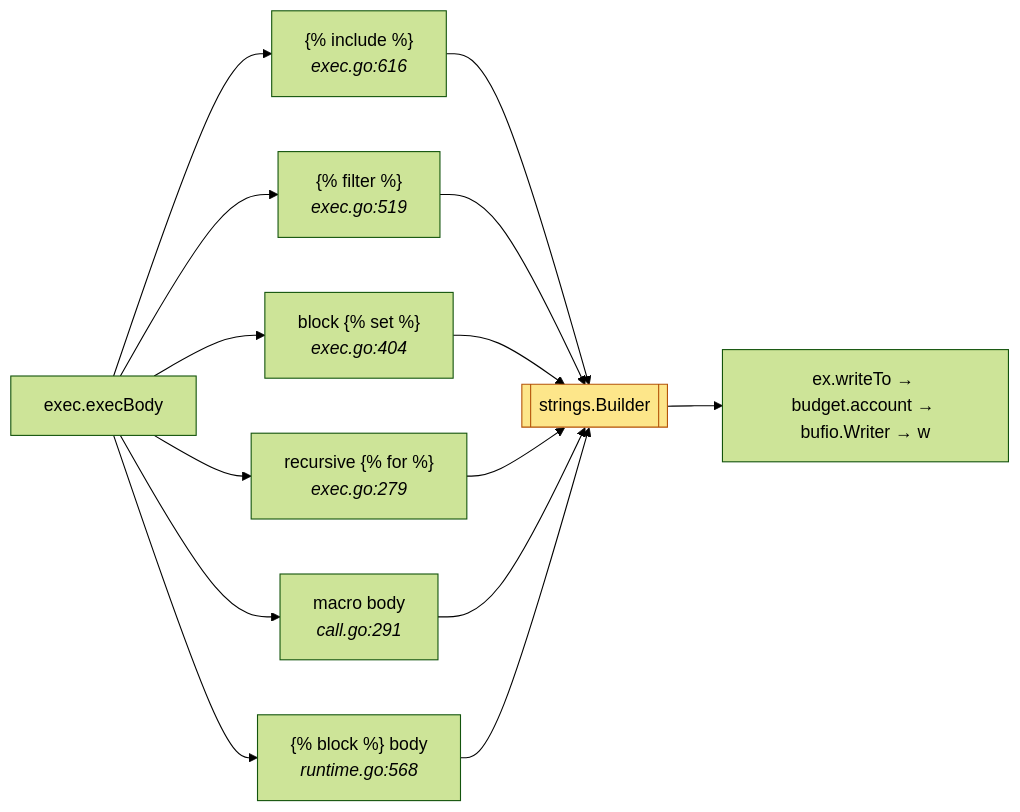
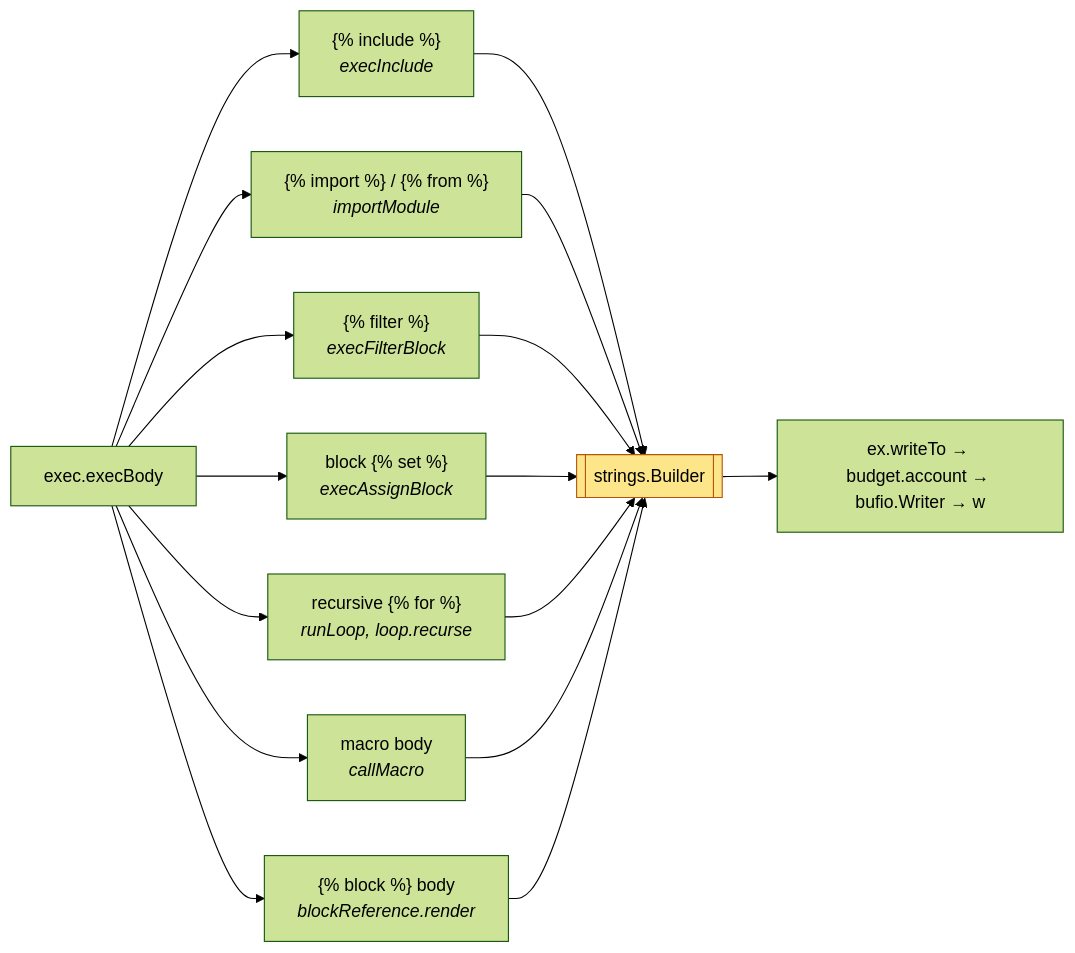
Before and after one commit to mgilbir/gojja2: the fourth of 6 diagrams in docs/architecture.md, drawn with Mermaid (forest theme). The commit also changed other lines of this file and 41 other files, not shown here.

````diff
--- a/docs/architecture.md
+++ b/docs/architecture.md
@@ -163,15 +222,16 @@
 ```mermaid
 flowchart LR
-    X["exec.execBody"] --> INC["{% include %}<br/><i>exec.go:616</i>"]
-    X --> FIL["{% filter %}<br/><i>exec.go:519</i>"]
-    X --> SET["block {% set %}<br/><i>exec.go:404</i>"]
-    X --> FOR["recursive {% for %}<br/><i>exec.go:279</i>"]
-    X --> MAC["macro body<br/><i>call.go:291</i>"]
-    X --> BLK["{% block %} body<br/><i>runtime.go:568</i>"]
+    X["exec.execBody"] --> INC["{% include %}<br/><i>execInclude</i>"]
+    X --> IMP["{% import %} / {% from %}<br/><i>importModule</i>"]
+    X --> FIL["{% filter %}<br/><i>execFilterBlock</i>"]
+    X --> SET["block {% set %}<br/><i>execAssignBlock</i>"]
+    X --> FOR["recursive {% for %}<br/><i>runLoop, loop.recurse</i>"]
+    X --> MAC["macro body<br/><i>callMacro</i>"]
+    X --> BLK["{% block %} body<br/><i>blockReference.render</i>"]
 
-    INC & FIL & SET & FOR & MAC & BLK --> BUF[["strings.Builder"]]
+    INC & IMP & FIL & SET & FOR & MAC & BLK --> BUF[["strings.Builder"]]
     BUF --> W["ex.writeTo → budget.account → bufio.Writer → w"]
 
     classDef buf fill:#fde68a,stroke:#b45309,color:#000
     class BUF buf
 ```
````
